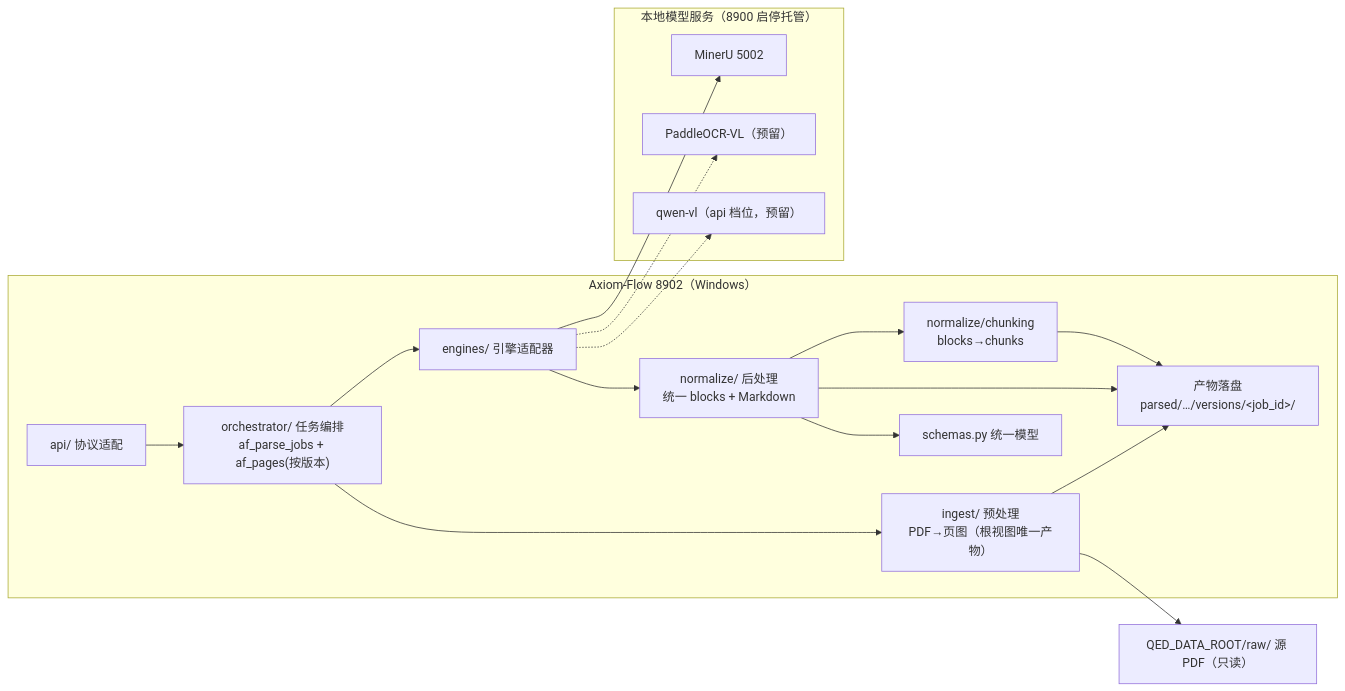
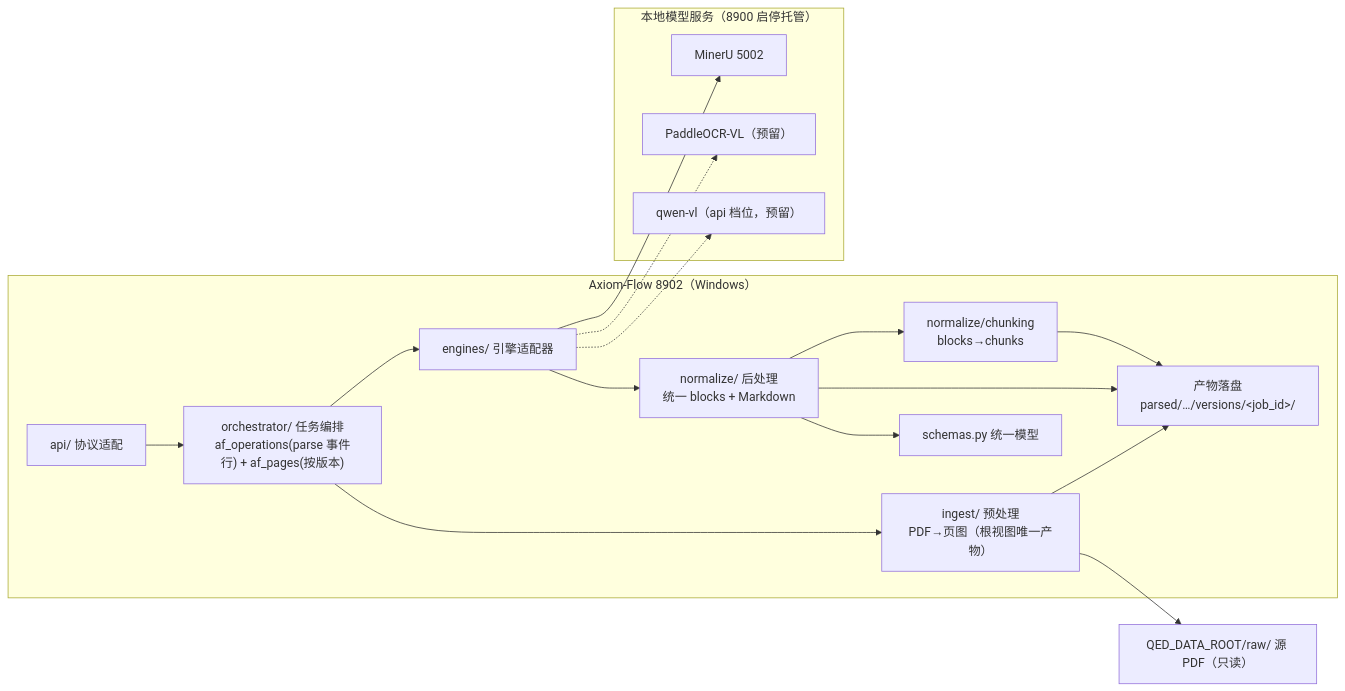
The diagram in docs/design/parsing-pipeline.md (swfswf1234/Axiom-Flow), drawn with Mermaid before and after one commit. The commit also changed other lines of this file and 57 other files, not shown here.

````diff
--- a/docs/design/parsing-pipeline.md
+++ b/docs/design/parsing-pipeline.md
@@ -67,33 +67,33 @@
 ```mermaid
 flowchart LR
     subgraph WIN["Axiom-Flow 8902（Windows）"]
         API["api/ 协议适配"]
-        OR["orchestrator/ 任务编排<br/>af_parse_jobs + af_pages(按版本)"]
+        OR["orchestrator/ 任务编排<br/>af_operations(parse 事件行) + af_pages(按版本)"]
         ING["ingest/ 预处理<br/>PDF→页图（根视图唯一产物）"]
         ENG["engines/ 引擎适配器"]
         NRM["normalize/ 后处理<br/>统一 blocks + Markdown"]
         CHK["normalize/chunking<br/>blocks→chunks"]
         SCH["schemas.py 统一模型"]
         ST["产物落盘<br/>parsed/…/versions/&lt;job_id&gt;/"]
     end
     subgraph MODELS["本地模型服务（8900 启停托管）"]
         MRU["MinerU 5002"]
         PVL["PaddleOCR-VL（预留）"]
         QVL["qwen-vl（api 档位，预留）"]
     end
     RAW["QED_DATA_ROOT/raw/ 源 PDF（只读）"]
 
     API --> OR
     OR --> ING
     OR --> ENG
     ENG --> MRU
     ENG -.-> PVL
     ENG -.-> QVL
     ENG --> NRM
     NRM --> SCH
     NRM --> CHK
     CHK --> ST
     NRM --> ST
     ING --> RAW
     ING --> ST
 ```
````
